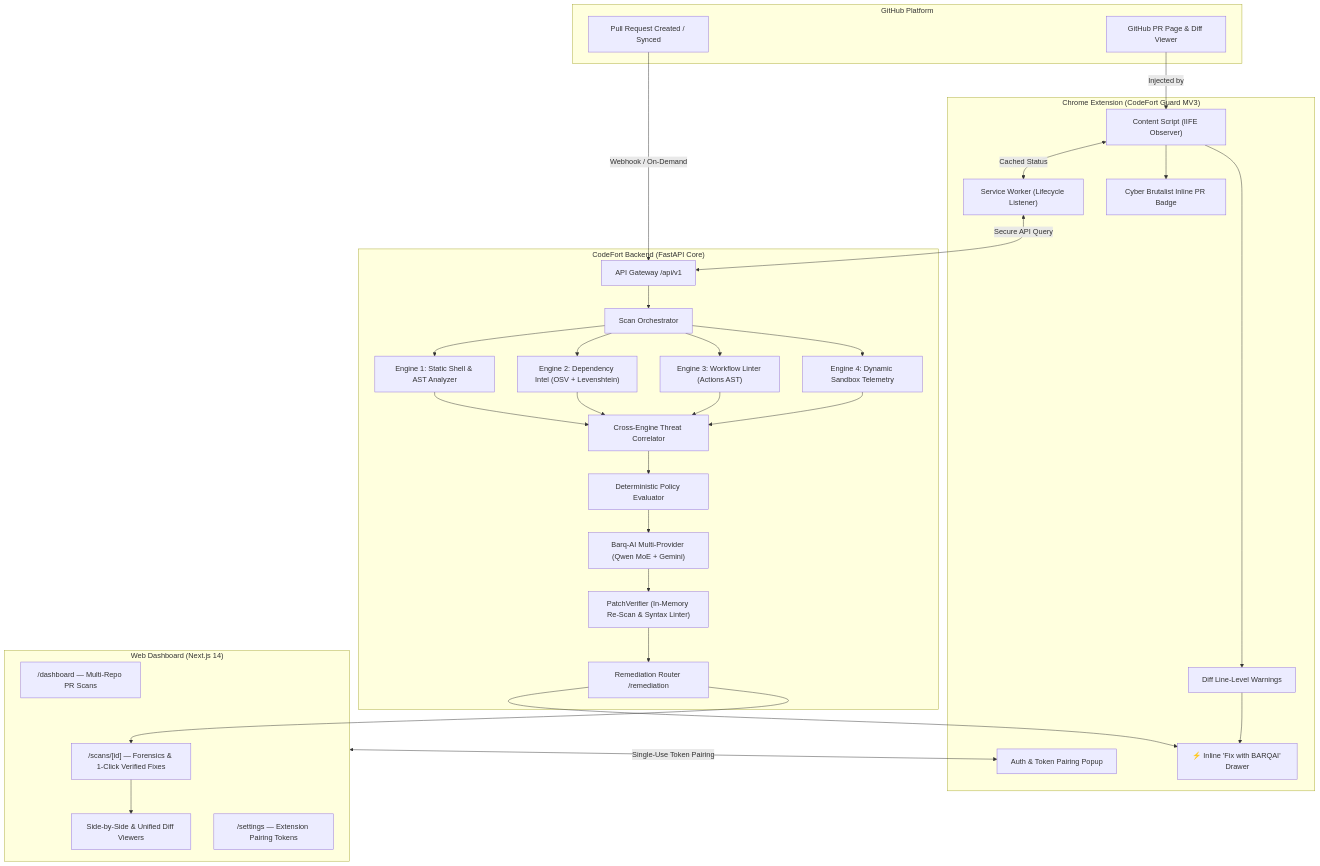
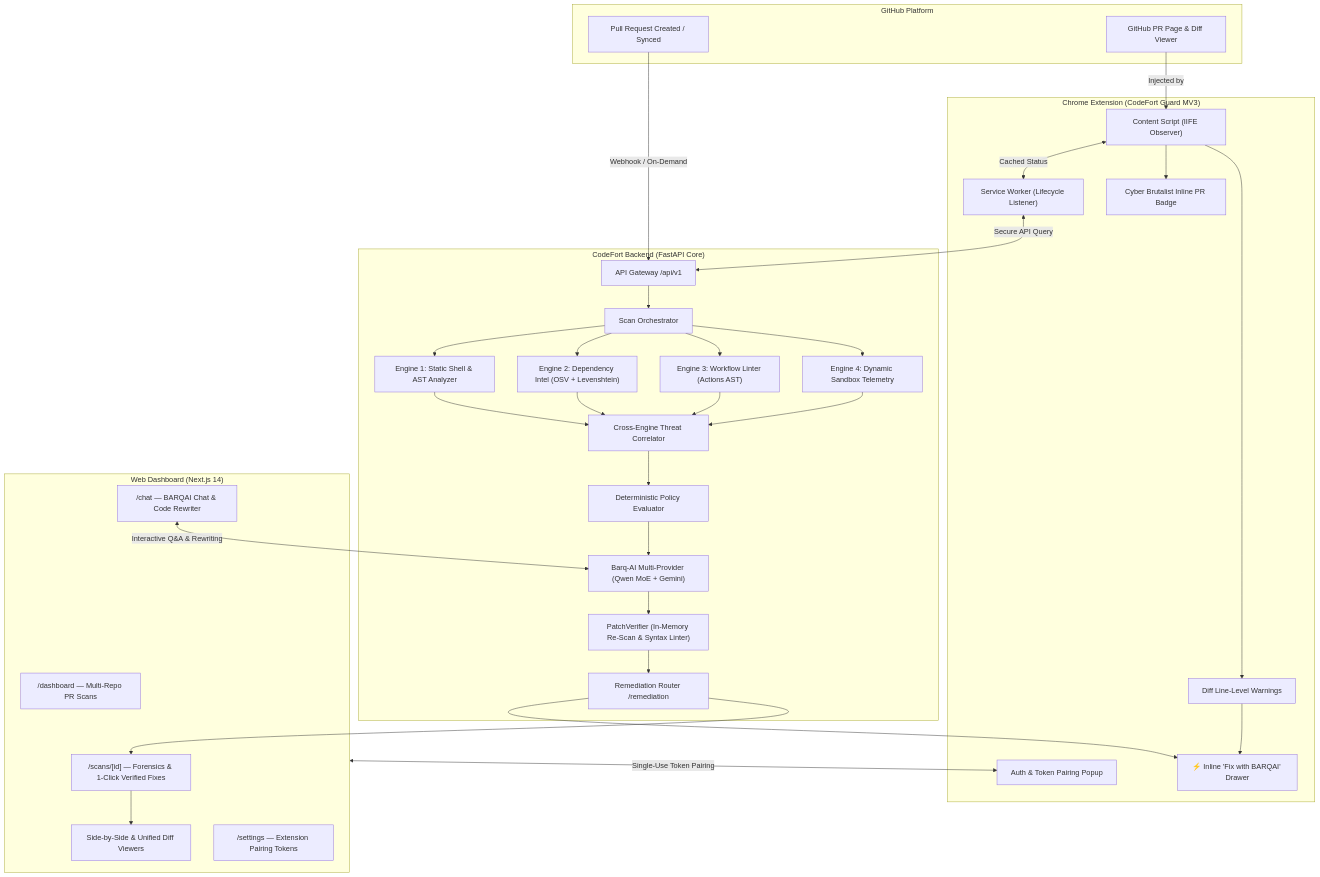
One commit to codefort-sec/codefort changed the first of 2 diagrams in README.md. Above: the diagram before and after it, drawn with Mermaid. The commit also changed other lines of this file and 10 other files, not shown here.

Commit message:
feat(chat): add interactive BarqAI error diagnostics and code rewriter studio in dashboard

````diff
--- a/README.md
+++ b/README.md
@@ -121,58 +121,60 @@
 ```mermaid
 flowchart TD
     subgraph GitHub["GitHub Platform"]
         PR["Pull Request Created / Synced"]
         DOM["GitHub PR Page & Diff Viewer"]
     end
 
     subgraph Chrome["Chrome Extension (CodeFort Guard MV3)"]
         SW["Service Worker (Lifecycle Listener)"]
         CS["Content Script (IIFE Observer)"]
         Badge["Cyber Brutalist Inline PR Badge"]
         LineWarn["Diff Line-Level Warnings"]
         Drawer["⚡ Inline 'Fix with BARQAI' Drawer"]
         Popup["Auth & Token Pairing Popup"]
     end
 
     subgraph Cloud["CodeFort Backend (FastAPI Core)"]
         Router["API Gateway /api/v1"]
         RemedRouter["Remediation Router /remediation"]
         Orch["Scan Orchestrator"]
         SE1["Engine 1: Static Shell & AST Analyzer"]
         SE2["Engine 2: Dependency Intel (OSV + Levenshtein)"]
         SE3["Engine 3: Workflow Linter (Actions AST)"]
         SE4["Engine 4: Dynamic Sandbox Telemetry"]
         Corr["Cross-Engine Threat Correlator"]
         Pol["Deterministic Policy Evaluator"]
         BARQ["Barq-AI Multi-Provider (Qwen MoE + Gemini)"]
         PV["PatchVerifier (In-Memory Re-Scan & Syntax Linter)"]
     end
 
     subgraph Web["Web Dashboard (Next.js 14)"]
         Dash["/dashboard — Multi-Repo PR Scans"]
+        ChatView["/chat — BARQAI Chat & Code Rewriter"]
         Foren["/scans/[id] — Forensics & 1-Click Verified Fixes"]
         DiffView["Side-by-Side & Unified Diff Viewers"]
         Sett["/settings — Extension Pairing Tokens"]
     end
 
     PR -->|Webhook / On-Demand| Router
     DOM -->|Injected by| CS
     CS <-->|Cached Status| SW
     SW <-->|Secure API Query| Router
     CS --> Badge
     CS --> LineWarn
     LineWarn --> Drawer
 
     Router --> Orch
     Orch --> SE1 & SE2 & SE3 & SE4
     SE1 & SE2 & SE3 & SE4 --> Corr
     Corr --> Pol
     Pol --> BARQ
     BARQ --> PV
     PV --> RemedRouter
     RemedRouter --> Drawer
     RemedRouter --> Foren
     Foren --> DiffView
+    ChatView <-->|Interactive Q&A & Rewriting| BARQ
 
     Web <-->|Single-Use Token Pairing| Popup
 ```
````
